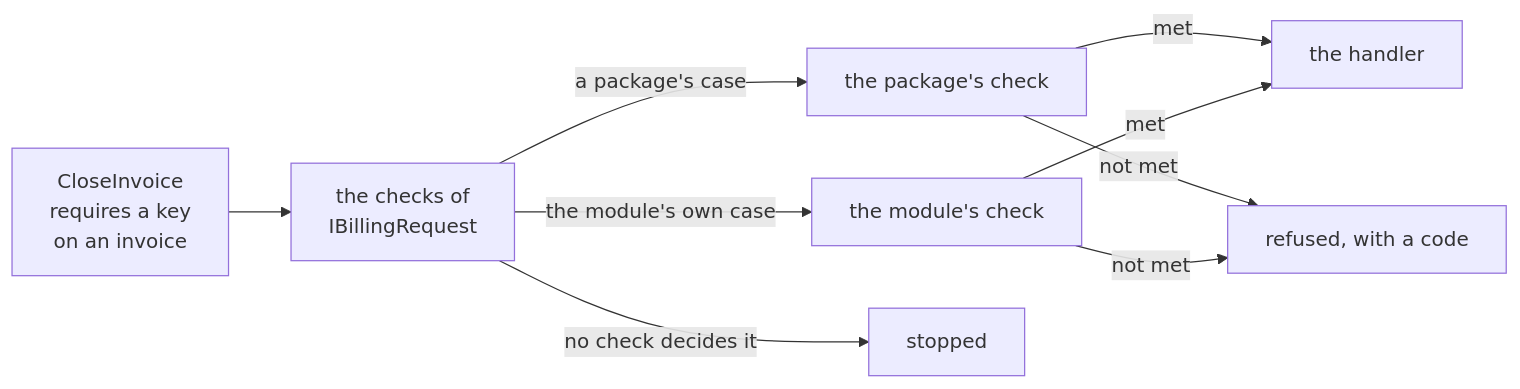
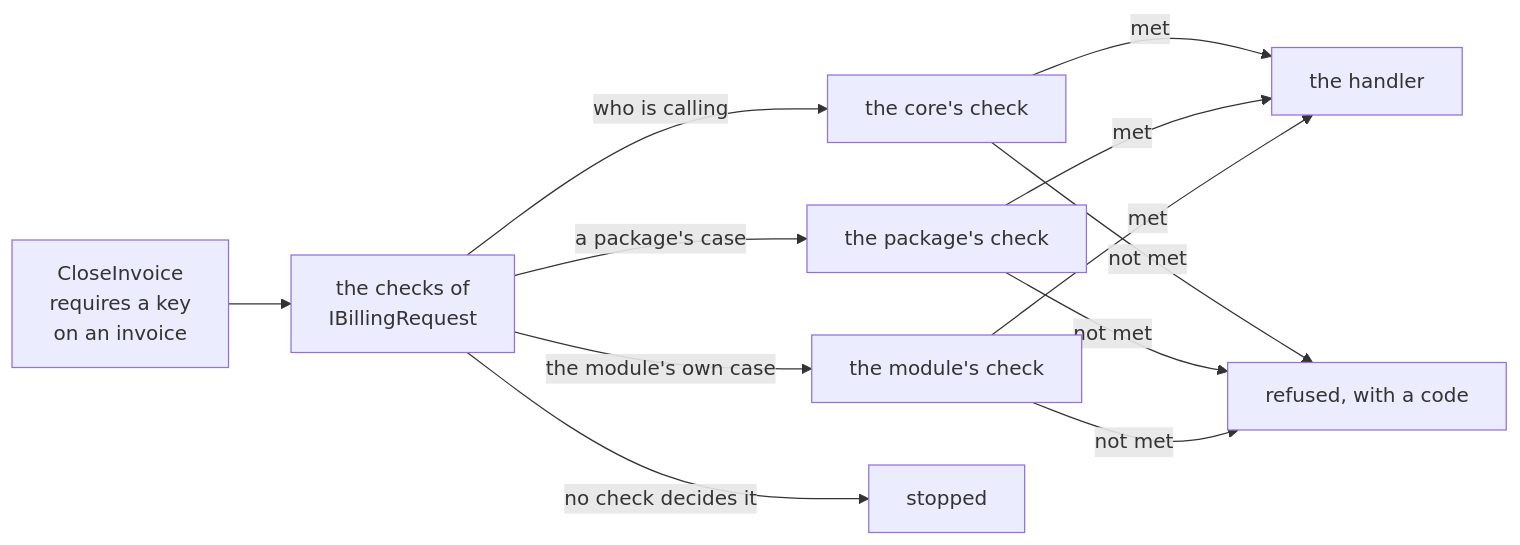
Before and after one commit to DylanSnel/DDDToolkit: the second of 2 diagrams in docs/access-requirements.md, drawn with Mermaid. The commit also changed other lines of this file and 92 other files, not shown here.

````diff
--- a/docs/access-requirements.md
+++ b/docs/access-requirements.md
@@ -135,11 +241,14 @@
 ```mermaid
 flowchart LR
     Request["CloseInvoice<br/>requires a key<br/>on an invoice"] --> Checks["the checks of<br/>IBillingRequest"]
+    Checks -- "who is calling" --> Core["the core's check"]
     Checks -- "a package's case" --> Package["the package's check"]
     Checks -- "the module's own case" --> Own["the module's check"]
     Checks -- "no check decides it" --> Stopped["stopped"]
-    Package -- "met" --> Handler["the handler"]
+    Core -- "met" --> Handler["the handler"]
+    Package -- "met" --> Handler
     Own -- "met" --> Handler
-    Package -- "not met" --> Refused["refused, with a code"]
+    Core -- "not met" --> Refused["refused, with a code"]
+    Package -- "not met" --> Refused
     Own -- "not met" --> Refused
 ```
````
